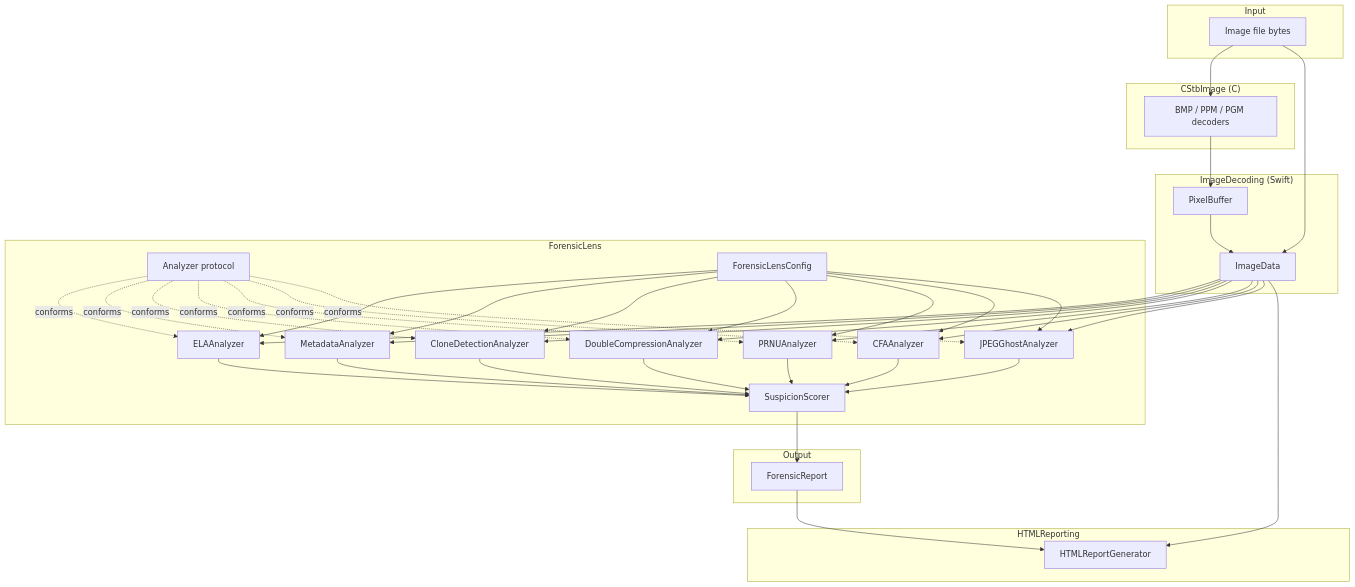
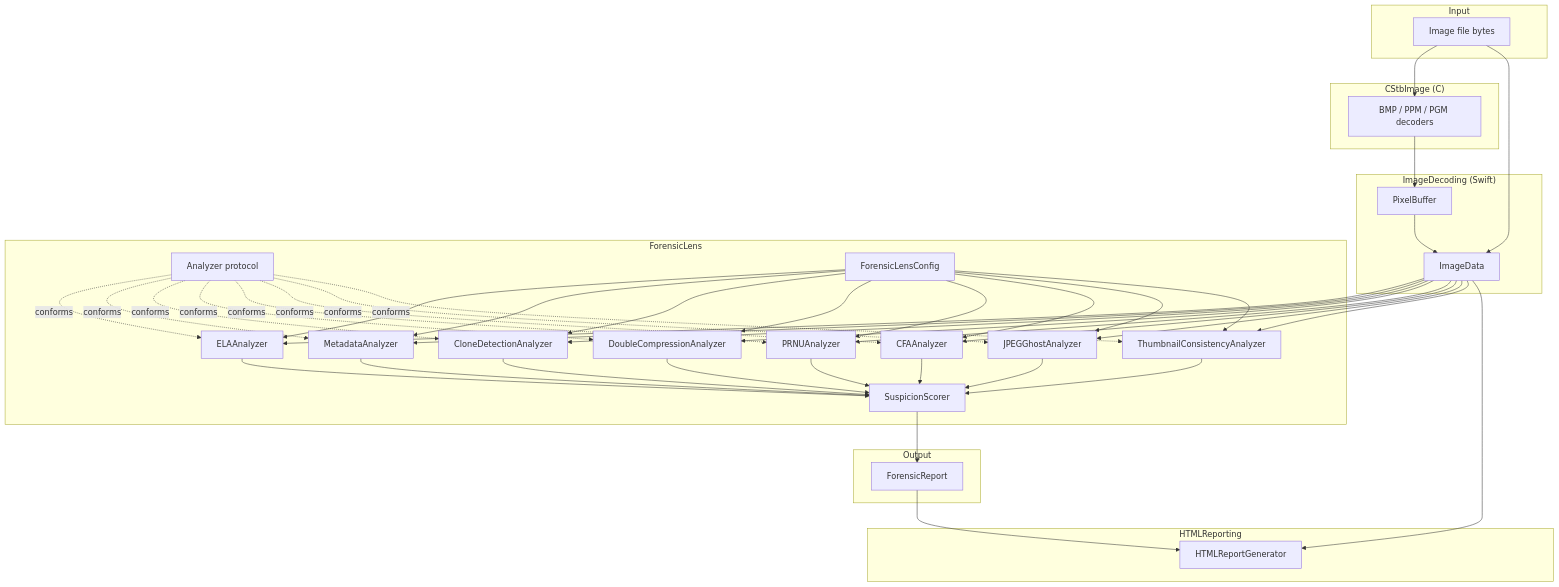
The diagram in README.md (Deipedra34/ForensicLens), drawn with Mermaid before and after one commit. The commit also changed other lines of this file and 27 other files, not shown here.

First line of the commit message:
Add EXIF thumbnail consistency check

````diff
--- a/README.md
+++ b/README.md
@@ -35,72 +36,77 @@
 ```mermaid
 flowchart TB
     subgraph Input
         File[Image file bytes]
     end
 
     subgraph CStbImage["CStbImage (C)"]
         Decode[BMP / PPM / PGM decoders]
     end
 
     subgraph ImageDecoding["ImageDecoding (Swift)"]
         PixelBuffer[PixelBuffer]
         ImageData[ImageData]
     end
 
     subgraph ForensicLens["ForensicLens"]
         Analyzer["Analyzer protocol"]
         ELA[ELAAnalyzer]
         Meta[MetadataAnalyzer]
         Clone[CloneDetectionAnalyzer]
         DoubleComp[DoubleCompressionAnalyzer]
         PRNU[PRNUAnalyzer]
         CFA[CFAAnalyzer]
         Ghost[JPEGGhostAnalyzer]
+        Thumb[ThumbnailConsistencyAnalyzer]
         Scorer[SuspicionScorer]
         Config[ForensicLensConfig]
     end
 
     subgraph Output
         Report[ForensicReport]
     end
 
     subgraph HTMLReporting["HTMLReporting"]
         HTML[HTMLReportGenerator]
     end
 
     File --> Decode
     Decode --> PixelBuffer
     File --> ImageData
     PixelBuffer --> ImageData
     ImageData --> ELA
     ImageData --> Meta
     ImageData --> Clone
     ImageData --> DoubleComp
     ImageData --> PRNU
     ImageData --> CFA
     ImageData --> Ghost
+    ImageData --> Thumb
     Analyzer -.conforms.-> ELA
     Analyzer -.conforms.-> Meta
     Analyzer -.conforms.-> Clone
     Analyzer -.conforms.-> DoubleComp
     Analyzer -.conforms.-> PRNU
     Analyzer -.conforms.-> CFA
     Analyzer -.conforms.-> Ghost
+    Analyzer -.conforms.-> Thumb
     Config --> ELA
     Config --> Meta
     Config --> Clone
     Config --> DoubleComp
     Config --> PRNU
     Config --> CFA
     Config --> Ghost
+    Config --> Thumb
     ELA --> Scorer
     Meta --> Scorer
     Clone --> Scorer
     DoubleComp --> Scorer
     PRNU --> Scorer
     CFA --> Scorer
     Ghost --> Scorer
+    Thumb --> Scorer
     Scorer --> Report
     Report --> HTML
     ImageData --> HTML
 ```
````
